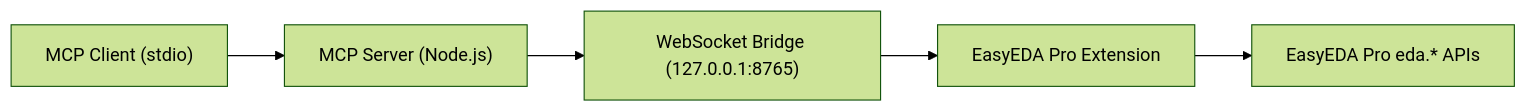
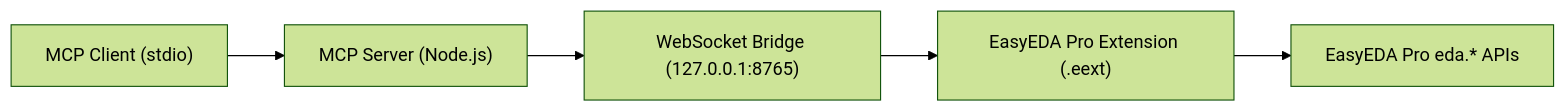
One commit to VLab-Software/easyeda_mcp changed the diagram in docs/architecture.md. Above: the diagram before and after it, drawn with Mermaid (forest theme). The commit also changed other lines of this file and 9 other files, not shown here.

````diff
--- a/docs/architecture.md
+++ b/docs/architecture.md
@@ -5,7 +5,7 @@
 ```mermaid
 flowchart LR
     A["MCP Client (stdio)"] --> B["MCP Server (Node.js)"]
     B --> C["WebSocket Bridge (127.0.0.1:8765)"]
-    C --> D["EasyEDA Pro Extension"]
+    C --> D["EasyEDA Pro Extension (.eext)"]
     D --> E["EasyEDA Pro eda.* APIs"]
 ```
````
